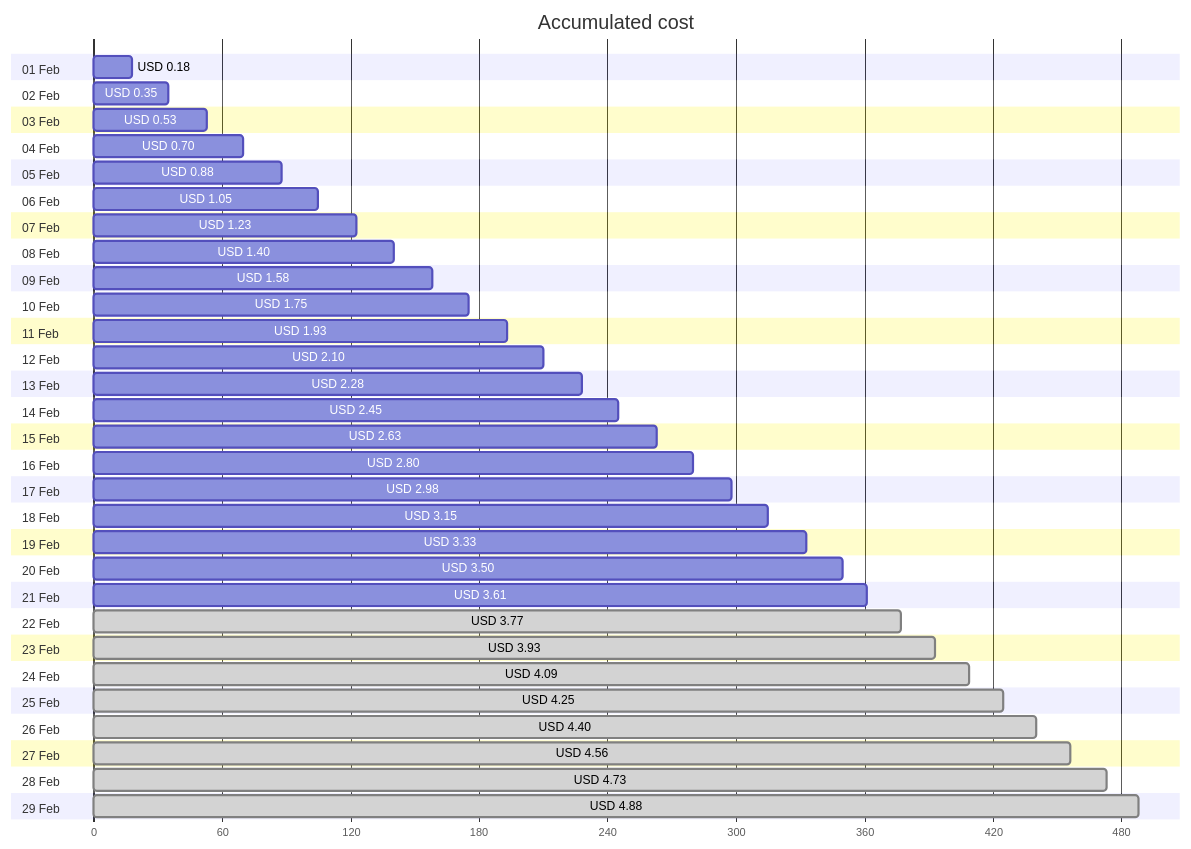
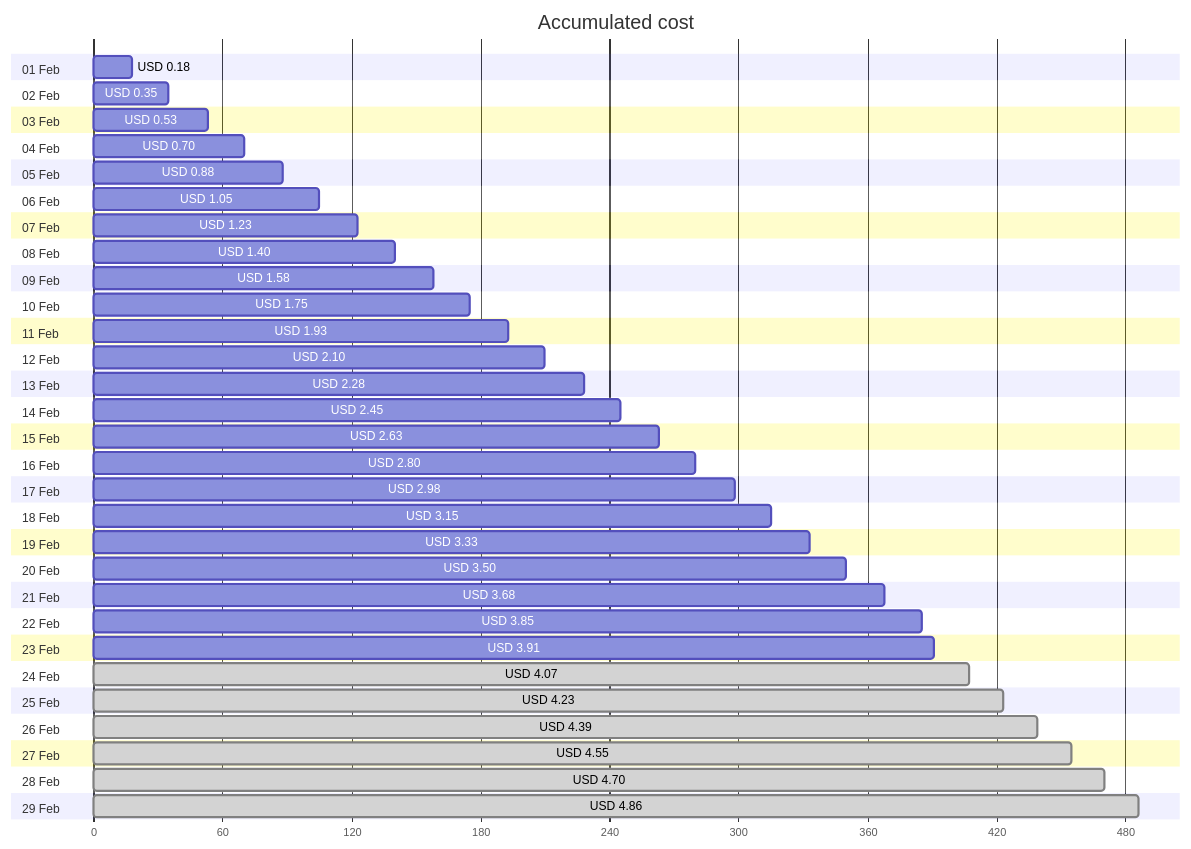
The first of 4 diagrams in cost-reports/personal-network/backup-server.md (jpfulton/azure-personal-reports), drawn with Mermaid before and after one commit. The commit also changed other lines of this file and 8 other files, not shown here.

````diff
--- a/cost-reports/personal-network/backup-server.md
+++ b/cost-reports/personal-network/backup-server.md
@@ -20,64 +20,64 @@
 ```mermaid
 gantt
    title Accumulated cost
    dateFormat  X
    axisFormat %s
    section 01 Feb
    USD 0.18 :0, 18
    section 02 Feb
    USD 0.35 :0, 35
    section 03 Feb
    USD 0.53 :0, 53
    section 04 Feb
    USD 0.70 :0, 70
    section 05 Feb
    USD 0.88 :0, 88
    section 06 Feb
    USD 1.05 :0, 105
    section 07 Feb
    USD 1.23 :0, 123
    section 08 Feb
    USD 1.40 :0, 140
    section 09 Feb
    USD 1.58 :0, 158
    section 10 Feb
    USD 1.75 :0, 175
    section 11 Feb
    USD 1.93 :0, 193
    section 12 Feb
    USD 2.10 :0, 210
    section 13 Feb
    USD 2.28 :0, 228
    section 14 Feb
    USD 2.45 :0, 245
    section 15 Feb
    USD 2.63 :0, 263
    section 16 Feb
    USD 2.80 :0, 280
    section 17 Feb
    USD 2.98 :0, 298
    section 18 Feb
    USD 3.15 :0, 315
    section 19 Feb
    USD 3.33 :0, 333
    section 20 Feb
    USD 3.50 :0, 350
    section 21 Feb
-   USD 3.61 :0, 361
+   USD 3.68 :0, 368
    section 22 Feb
-   USD 3.77 : done, 0, 377
+   USD 3.85 :0, 385
    section 23 Feb
-   USD 3.93 : done, 0, 393
+   USD 3.91 :0, 391
    section 24 Feb
-   USD 4.09 : done, 0, 409
+   USD 4.07 : done, 0, 407
    section 25 Feb
-   USD 4.25 : done, 0, 425
+   USD 4.23 : done, 0, 423
    section 26 Feb
-   USD 4.40 : done, 0, 440
+   USD 4.39 : done, 0, 439
    section 27 Feb
-   USD 4.56 : done, 0, 456
+   USD 4.55 : done, 0, 455
    section 28 Feb
-   USD 4.73 : done, 0, 473
+   USD 4.70 : done, 0, 470
    section 29 Feb
-   USD 4.88 : done, 0, 488
+   USD 4.86 : done, 0, 486
 ```
````
